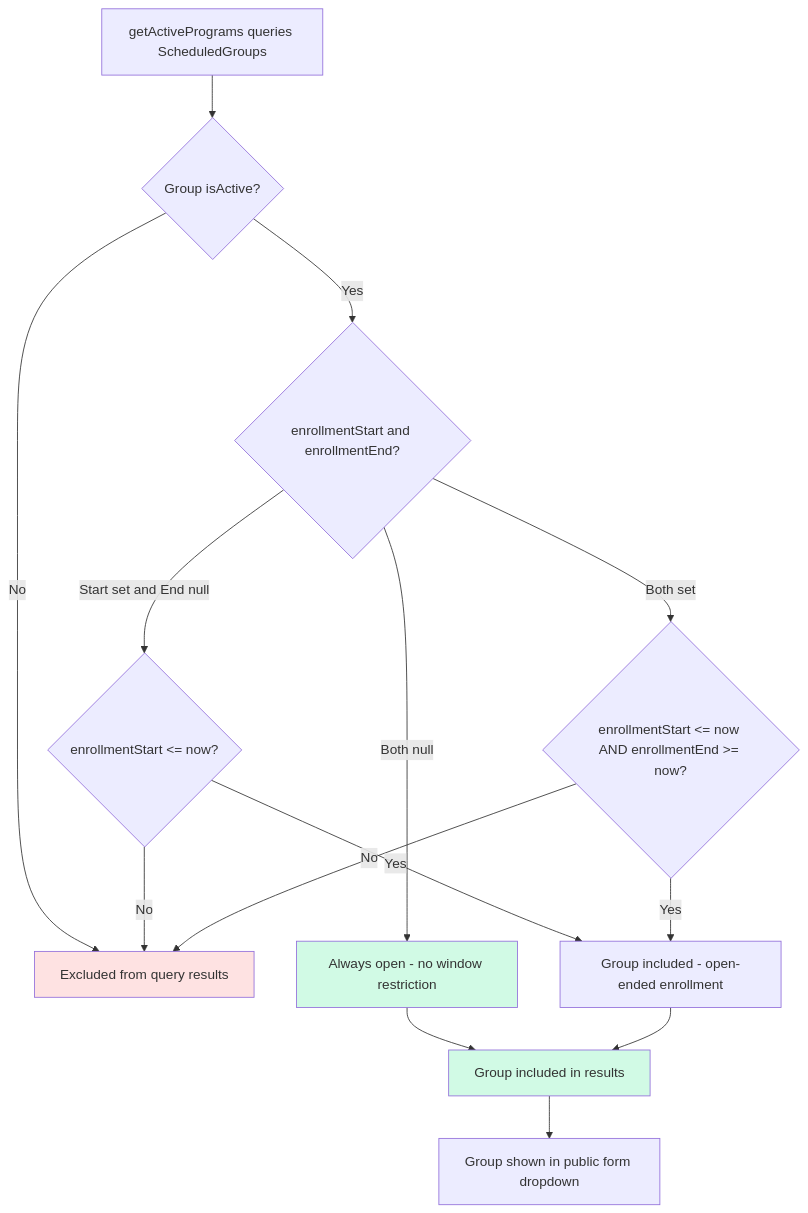
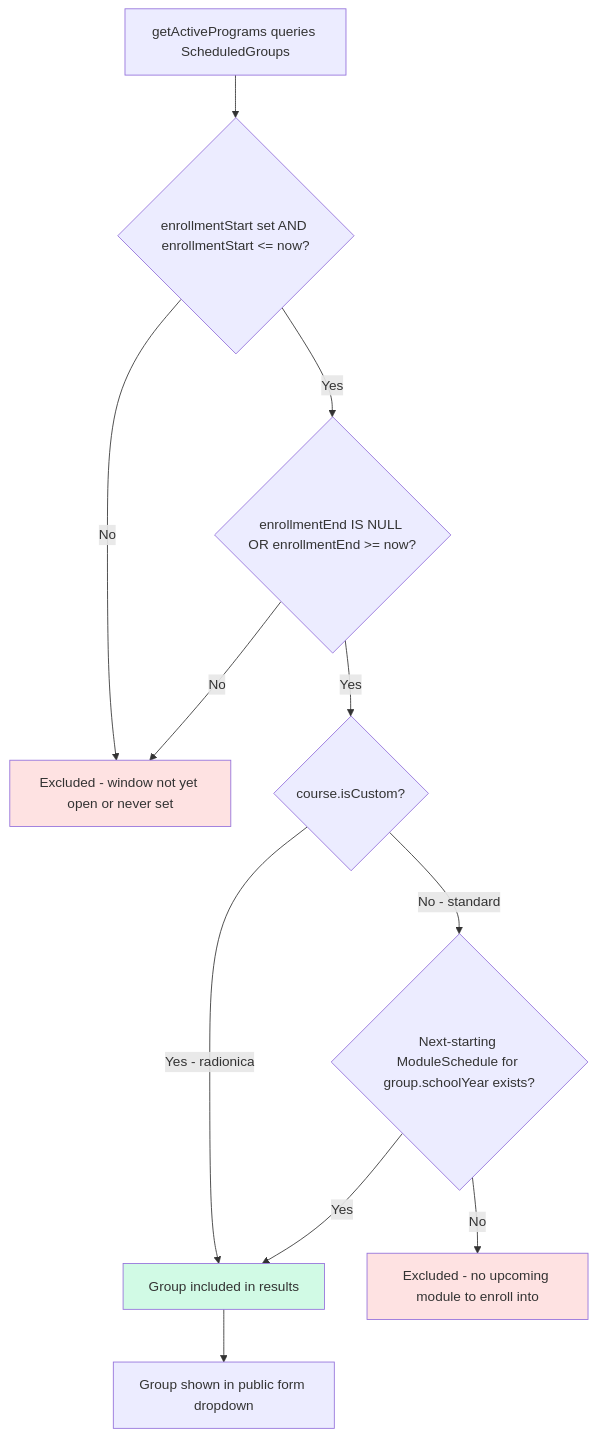
The eighth of 9 diagrams in docs/diagrams/flowchart.md (jpucic00/inovatic), drawn with Mermaid before and after one commit. The commit also changed other lines of this file and 5 other files, not shown here.

First line of the commit message:
Update CLAUDE.md and diagrams for new enrollment and PII model

````diff
--- a/docs/diagrams/flowchart.md
+++ b/docs/diagrams/flowchart.md
@@ -144,24 +180,21 @@
 ```mermaid
 flowchart TD
-    A[getActivePrograms queries ScheduledGroups] --> B{Group isActive?}
-    B -->|No| EXCLUDE[Excluded from query results]
-    B -->|Yes| C{enrollmentStart and enrollmentEnd?}
+    A[getActivePrograms queries ScheduledGroups] --> B{enrollmentStart set AND enrollmentStart <= now?}
+    B -->|No| EXCLUDE[Excluded - window not yet open or never set]
+    B -->|Yes| C{enrollmentEnd IS NULL OR enrollmentEnd >= now?}
 
-    C -->|Both null| D[Always open - no window restriction]
-    C -->|Start set and End null| E{enrollmentStart <= now?}
-    C -->|Both set| F{enrollmentStart <= now AND enrollmentEnd >= now?}
+    C -->|No| EXCLUDE
+    C -->|Yes| D{course.isCustom?}
 
-    E -->|Yes| G[Group included - open-ended enrollment]
-    E -->|No| EXCLUDE
-    F -->|Yes| G
-    F -->|No| EXCLUDE
+    D -->|Yes - radionica| INCLUDE[Group included in results]
+    D -->|No - standard| E{Next-starting ModuleSchedule for group.schoolYear exists?}
 
-    D --> INCLUDE[Group included in results]
-    G --> INCLUDE
+    E -->|Yes| INCLUDE
+    E -->|No| EXCLUDE2[Excluded - no upcoming module to enroll into]
 
     INCLUDE --> I[Group shown in public form dropdown]
 
     style EXCLUDE fill:#fee2e2
+    style EXCLUDE2 fill:#fee2e2
     style INCLUDE fill:#d1fae5
-    style D fill:#d1fae5
 ```
````
